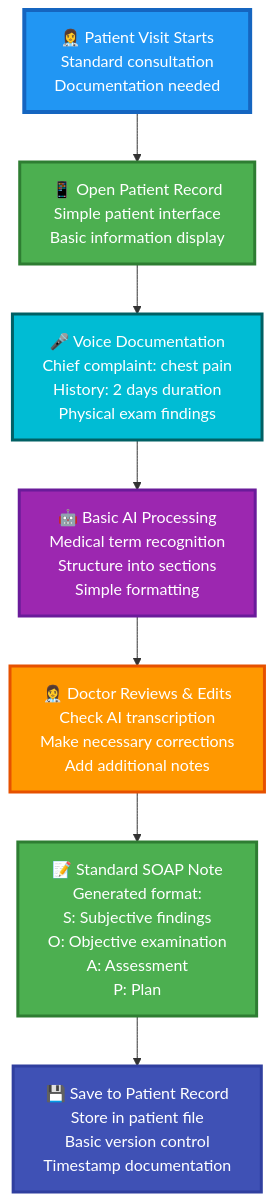
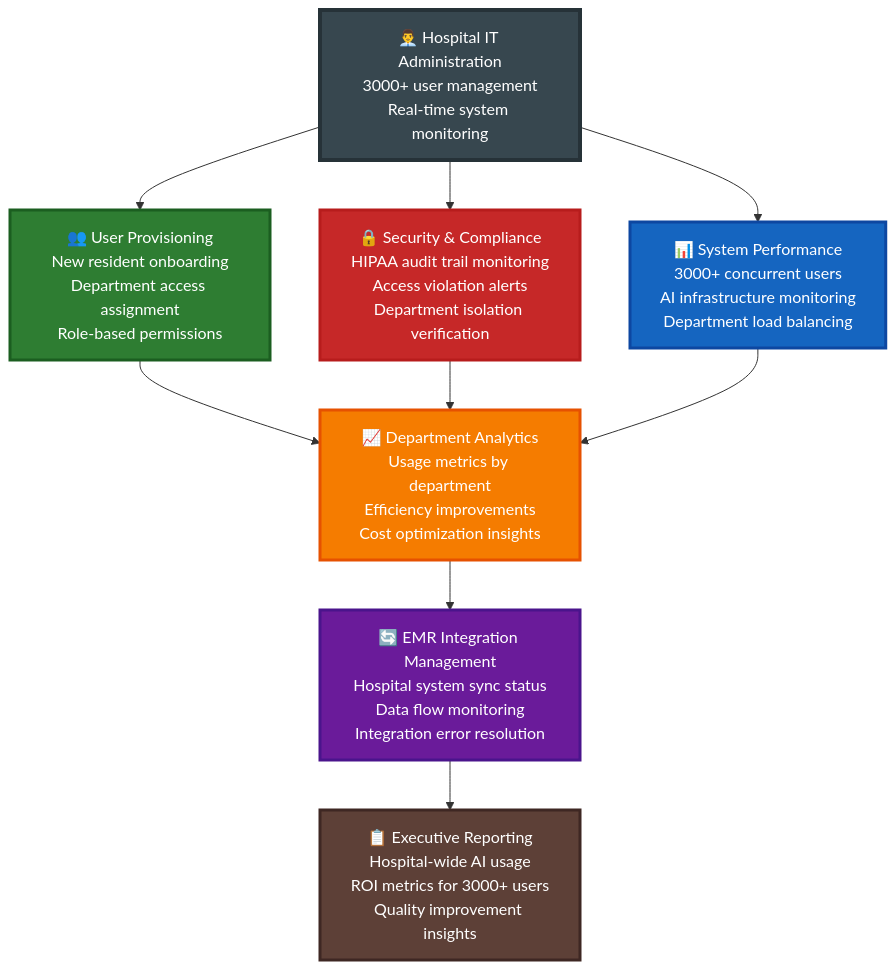
Before and after one commit to brunovlucena/prontuario: the third of 3 diagrams in MVP.md, drawn with Mermaid. The commit also changed other lines of this file and 1 other file, not shown here.

````diff
--- a/MVP.md
+++ b/MVP.md
@@ -233,36 +165,43 @@
 ```mermaid
 flowchart TD
-    PatientVisit[👩‍⚕️ Patient Visit Starts<br/>Standard consultation<br/>Documentation needed]
+    AdminDashboard[👨‍💼 Hospital IT Administration<br/>3000+ user management<br/>Real-time system monitoring]
 
-    %% Basic Interface
-    OpenRecord[📱 Open Patient Record<br/>Simple patient interface<br/>Basic information display]
-
-    %% Simple Documentation
-    VoiceNote[🎤 Voice Documentation<br/>Chief complaint: chest pain<br/>History: 2 days duration<br/>Physical exam findings]
-
-    BasicProcessing[🤖 Basic AI Processing<br/>Medical term recognition<br/>Structure into sections<br/>Simple formatting]
-
-    ReviewEdit[👩‍⚕️ Doctor Reviews & Edits<br/>Check AI transcription<br/>Make necessary corrections<br/>Add additional notes]
-
-    %% Simple Outputs
-    BasicNote[📝 Standard SOAP Note<br/>Generated format:<br/>S: Subjective findings<br/>O: Objective examination<br/>A: Assessment<br/>P: Plan]
-
-    SaveRecord[💾 Save to Patient Record<br/>Store in patient file<br/>Basic version control<br/>Timestamp documentation]
+    %% User Management
+    UserProvisioning[👥 User Provisioning<br/>New resident onboarding<br/>Department access assignment<br/>Role-based permissions]
+    
+    %% Security Management  
+    SecurityAudit[🔒 Security & Compliance<br/>HIPAA audit trail monitoring<br/>Access violation alerts<br/>Department isolation verification]
+    
+    %% Performance Monitoring
+    SystemHealth[📊 System Performance<br/>3000+ concurrent users<br/>AI infrastructure monitoring<br/>Department load balancing]
+    
+    %% Department Analytics
+    DeptAnalytics[📈 Department Analytics<br/>Usage metrics by department<br/>Efficiency improvements<br/>Cost optimization insights]
+    
+    %% Integration Management
+    EMRIntegration[🔄 EMR Integration Management<br/>Hospital system sync status<br/>Data flow monitoring<br/>Integration error resolution]
+    
+    %% Enterprise Reporting
+    ExecutiveReports[📋 Executive Reporting<br/>Hospital-wide AI usage<br/>ROI metrics for 3000+ users<br/>Quality improvement insights]
 
     %% Flow connections
-    PatientVisit --> OpenRecord
-    OpenRecord --> VoiceNote
-    VoiceNote --> BasicProcessing
-    BasicProcessing --> ReviewEdit
-    ReviewEdit --> BasicNote
-    BasicNote --> SaveRecord
+    AdminDashboard --> UserProvisioning
+    AdminDashboard --> SecurityAudit
+    AdminDashboard --> SystemHealth
+    
+    UserProvisioning --> DeptAnalytics
+    SecurityAudit --> DeptAnalytics
+    SystemHealth --> DeptAnalytics
+    
+    DeptAnalytics --> EMRIntegration
+    EMRIntegration --> ExecutiveReports
 
-    %% Styling
-    style PatientVisit fill:#2196F3,stroke:#1565C0,stroke-width:4px,color:#fff
-    style OpenRecord fill:#4CAF50,stroke:#2E7D32,stroke-width:3px,color:#fff
-    style VoiceNote fill:#00BCD4,stroke:#006064,stroke-width:3px,color:#fff
-    style BasicProcessing fill:#9C27B0,stroke:#6A1B9A,stroke-width:3px,color:#fff
-    style ReviewEdit fill:#FF9800,stroke:#E65100,stroke-width:3px,color:#fff
-    style BasicNote fill:#4CAF50,stroke:#2E7D32,stroke-width:3px,color:#fff
-    style SaveRecord fill:#3F51B5,stroke:#303F9F,stroke-width:3px,color:#fff
+    %% Administrative styling
+    style AdminDashboard fill:#37474F,stroke:#263238,stroke-width:4px,color:#fff
+    style UserProvisioning fill:#2E7D32,stroke:#1B5E20,stroke-width:3px,color:#fff
+    style SecurityAudit fill:#C62828,stroke:#B71C1C,stroke-width:3px,color:#fff
+    style SystemHealth fill:#1565C0,stroke:#0D47A1,stroke-width:3px,color:#fff
+    style DeptAnalytics fill:#F57C00,stroke:#E65100,stroke-width:3px,color:#fff
+    style EMRIntegration fill:#6A1B9A,stroke:#4A148C,stroke-width:3px,color:#fff
+    style ExecutiveReports fill:#5D4037,stroke:#3E2723,stroke-width:3px,color:#fff
 ```
````
